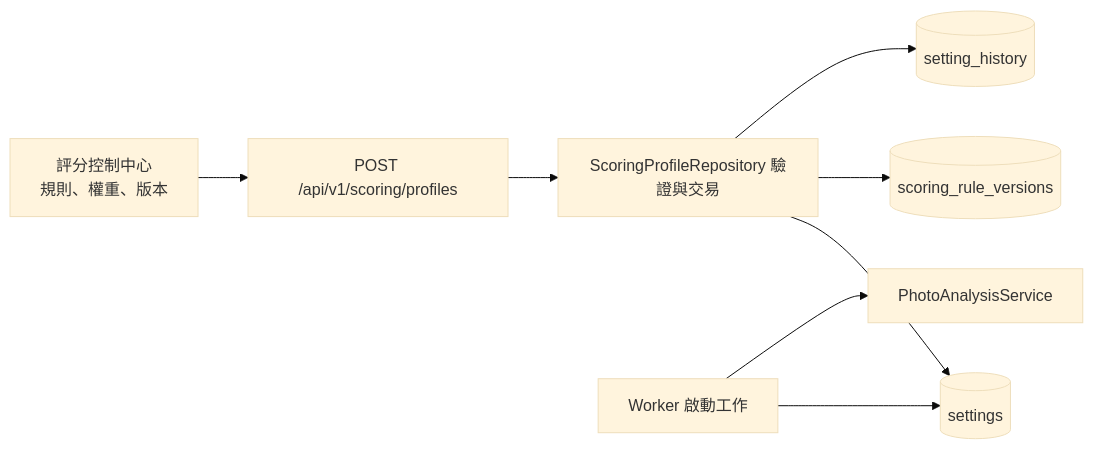
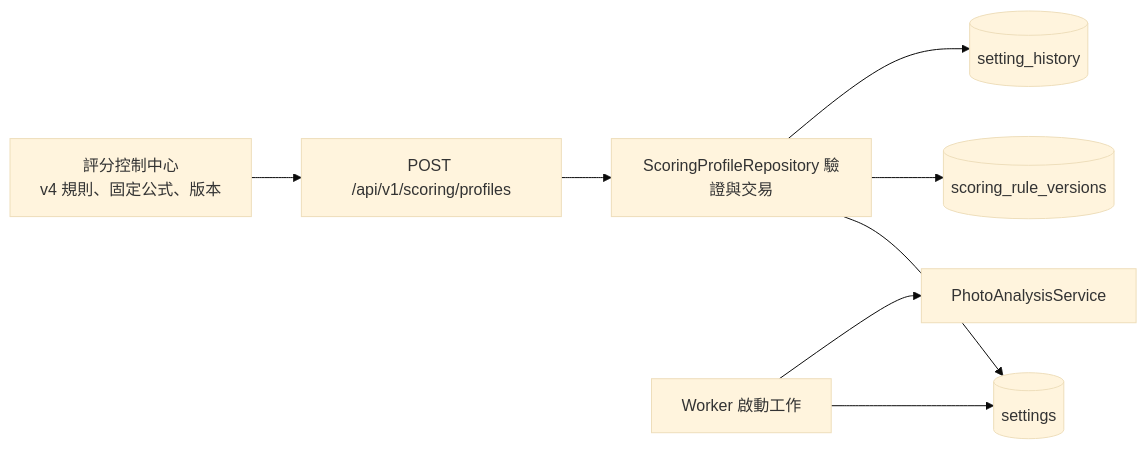
Before and after one commit to steven87090799/InkTime: the third of 3 diagrams in docs/architecture/ARCHITECTURE_ZH_TW.md, drawn with Mermaid (base theme). The commit also changed other lines of this file and 70 other files, not shown here.

````diff
--- a/docs/architecture/ARCHITECTURE_ZH_TW.md
+++ b/docs/architecture/ARCHITECTURE_ZH_TW.md
@@ -133,10 +131,10 @@
 ```mermaid
 flowchart LR
-    SETTINGS_UI["評分控制中心<br/>規則、權重、版本"] --> SETTINGS_API["POST /api/v1/scoring/profiles"]
+    SETTINGS_UI["評分控制中心<br/>v4 規則、固定公式、版本"] --> SETTINGS_API["POST /api/v1/scoring/profiles"]
     SETTINGS_API --> VALIDATE["ScoringProfileRepository 驗證與交易"]
     VALIDATE --> SETTINGS_DB[("settings")]
     VALIDATE --> VERSIONS[("scoring_rule_versions")]
     VALIDATE --> HISTORY[("setting_history")]
     WORKER["Worker 啟動工作"] --> SETTINGS_DB
     WORKER --> ANALYSIS["PhotoAnalysisService"]
 ```
````
